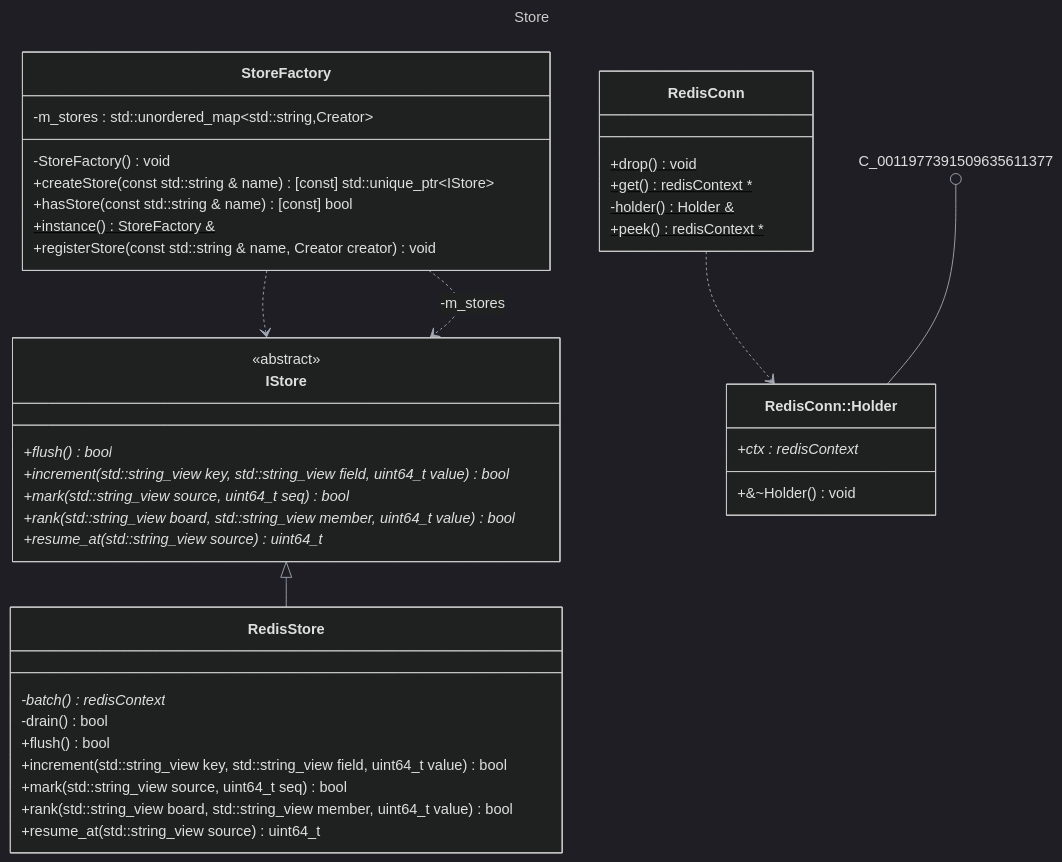
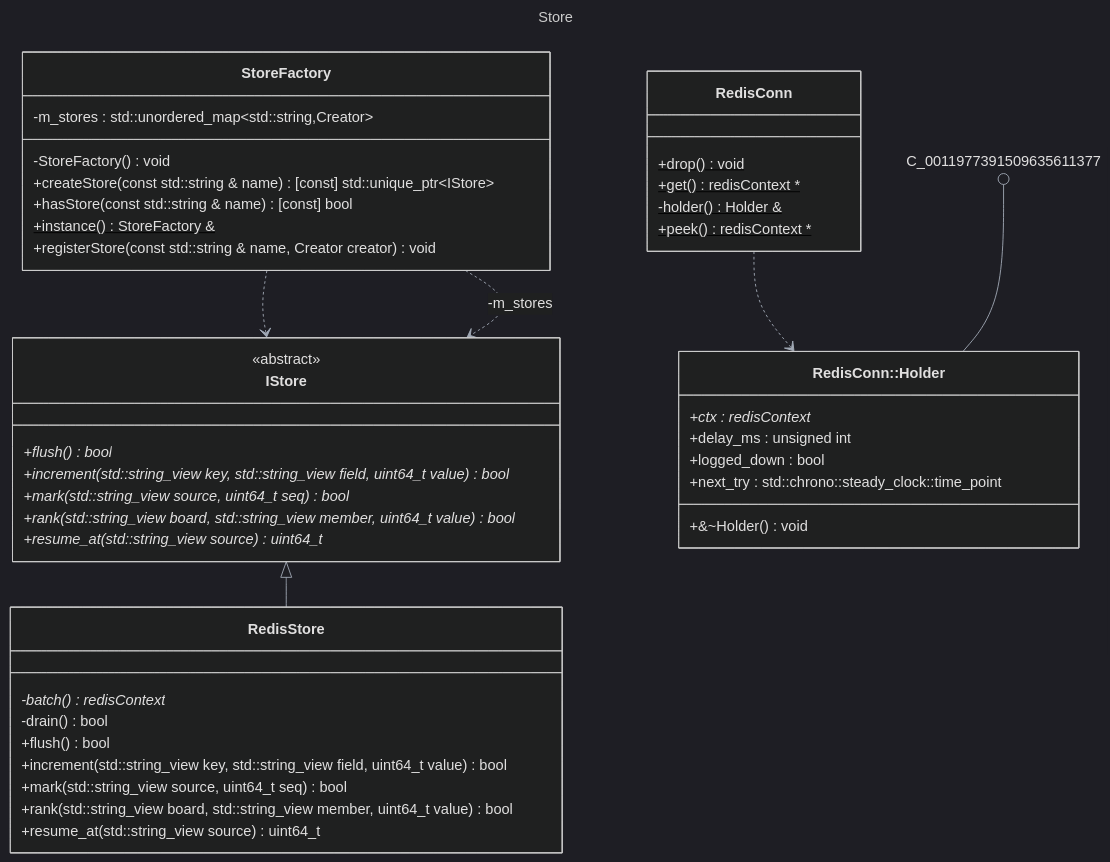
Before and after one commit to shalom2552/cdr-processor: the eighth of 8 diagrams in docs/Class_Diagrams.md, drawn with Mermaid. The commit also changed other lines of this file and 7 other files, not shown here.

````diff
--- a/docs/Class_Diagrams.md
+++ b/docs/Class_Diagrams.md
@@ -798,53 +814,56 @@
 ```mermaid
 ---
 title: Store
 ---
 %%{init: {"theme": "dark", "themeVariables": {"lineColor": "#a0a8b4"}}}%%
 classDiagram
     class C_0012987976901397680227["IStore"]
     class C_0012987976901397680227 {
         <<abstract>>
         +flush() bool*
         +increment(std::string_view key, std::string_view field, uint64_t value) bool*
         +mark(std::string_view source, uint64_t seq) bool*
         +rank(std::string_view board, std::string_view member, uint64_t value) bool*
         +resume_at(std::string_view source) uint64_t*
-    }
-    class C_0011977391509635611377["RedisConn"]
-    class C_0011977391509635611377 {
-        +drop() void$
-        +get() redisContext *$
-        -holder() Holder &$
-        +peek() redisContext *$
-    }
-    class C_0017910353137964553875["RedisConn::Holder"]
-    class C_0017910353137964553875 {
-        +&#126;Holder() void
-        +ctx : redisContext *
     }
     class C_0002612628033574347004["StoreFactory"]
     class C_0002612628033574347004 {
         -StoreFactory() void
         +createStore(const std::string & name) [const] std::unique_ptr&lt;IStore&gt;
         +hasStore(const std::string & name) [const] bool
         +instance() StoreFactory &$
         +registerStore(const std::string & name, Creator creator) void
         -m_stores : std::unordered_map&lt;std::string,Creator&gt;
     }
     class C_0009211040578075549081["RedisStore"]
     class C_0009211040578075549081 {
         -batch() redisContext *
         -drain() bool
         +flush() bool
         +increment(std::string_view key, std::string_view field, uint64_t value) bool
         +mark(std::string_view source, uint64_t seq) bool
         +rank(std::string_view board, std::string_view member, uint64_t value) bool
         +resume_at(std::string_view source) uint64_t
     }
-    C_0011977391509635611377 ..> C_0017910353137964553875 : 
-    C_0011977391509635611377 ()-- C_0017910353137964553875 : 
+    class C_0011977391509635611377["RedisConn"]
+    class C_0011977391509635611377 {
+        +drop() void$
+        +get() redisContext *$
+        -holder() Holder &$
+        +peek() redisContext *$
+    }
+    class C_0017910353137964553875["RedisConn::Holder"]
+    class C_0017910353137964553875 {
+        +&#126;Holder() void
+        +ctx : redisContext *
+        +delay_ms : unsigned int
+        +logged_down : bool
+        +next_try : std::chrono::steady_clock::time_point
+    }
     C_0002612628033574347004 ..> C_0012987976901397680227 : 
     C_0002612628033574347004 ..> C_0012987976901397680227 : -m_stores
     C_0012987976901397680227 <|-- C_0009211040578075549081 : 
+    C_0011977391509635611377 ..> C_0017910353137964553875 : 
+    C_0011977391509635611377 ()-- C_0017910353137964553875 : 
 
 ```
````
